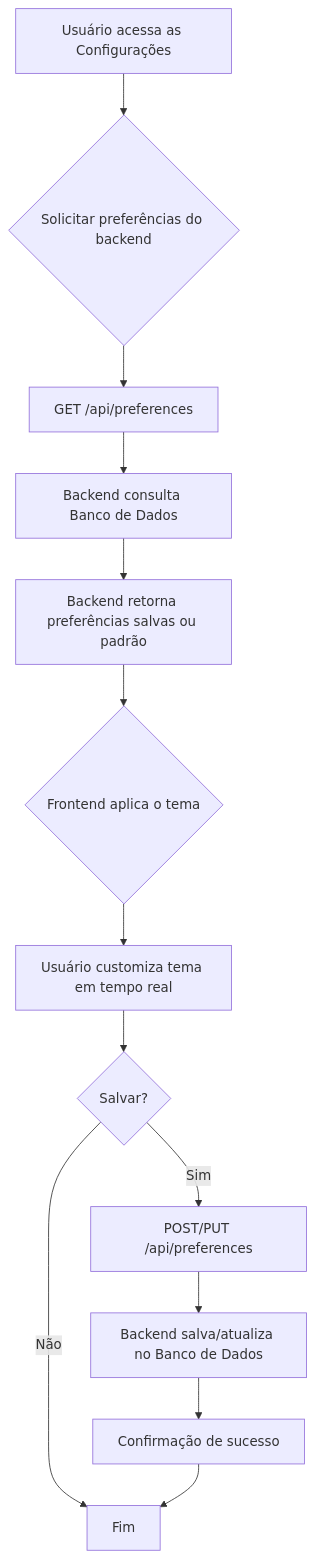
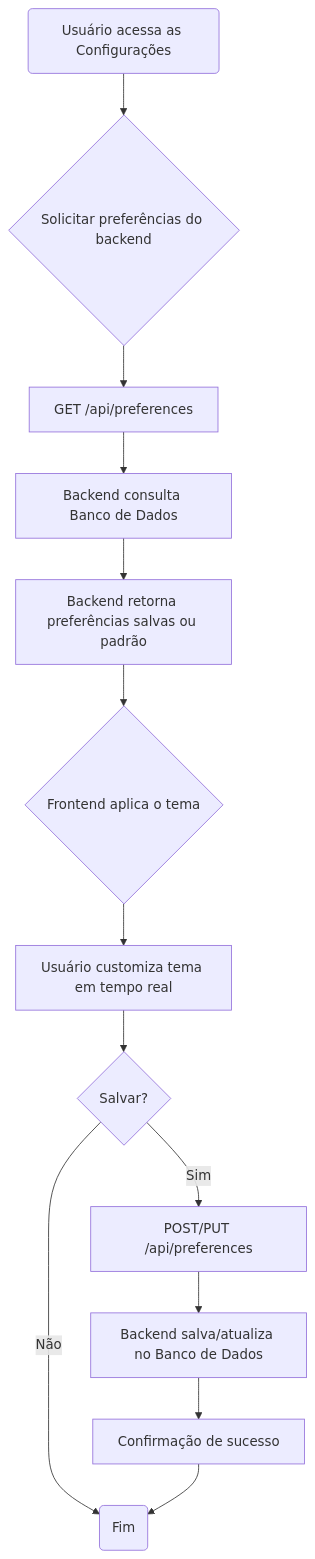
The diagram in docs/requisitos/r8-personalizacao-do-tema/Projeto de Interface.md (ICEI-PUC-Minas-PMV-ADS/pmv-ads-2025-2-e2-proj-int-t9-savemoney), drawn with Mermaid before and after one commit. The commit also changed 2 other files, not shown here.

Commit message:
fix: standardize flowchart notation in interface documentation

````diff
--- a/docs/requisitos/r8-personalizacao-do-tema/Projeto de Interface.md
+++ b/docs/requisitos/r8-personalizacao-do-tema/Projeto de Interface.md
@@ -9,15 +9,15 @@
 ```mermaid
 graph TD
-    A[Usuário acessa as Configurações] --> B{Solicitar preferências do backend};
+    A(Usuário acessa as Configurações) --> B{Solicitar preferências do backend};
     B --> C[GET /api/preferences];
     C --> D[Backend consulta Banco de Dados];
     D --> E[Backend retorna preferências salvas ou padrão];
     E --> F{Frontend aplica o tema};
     F --> G[Usuário customiza tema em tempo real];
     G --> H{Salvar?};
     H -- Sim --> I[POST/PUT /api/preferences];
     I --> J[Backend salva/atualiza no Banco de Dados];
     J --> K[Confirmação de sucesso];
-    H -- Não --> L[Fim];
+    H -- Não --> L(Fim);
     K --> L;
 ```
````
